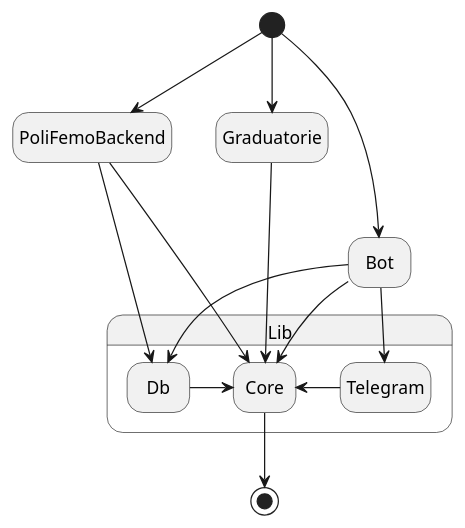
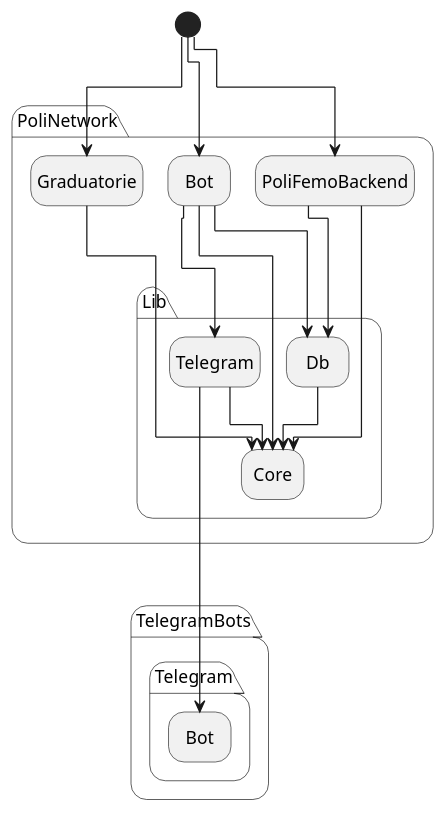
Before and after one commit to PoliNetworkOrg/Lib_CSharp: the diagram in docs/dipendenze/schema.plantuml, drawn with PlantUML. The commit also changed 1 other file, not shown here.

```diff
--- a/docs/dipendenze/schema.plantuml
+++ b/docs/dipendenze/schema.plantuml
@@ -1,19 +1,24 @@
 @startuml
+!pragma layout elk
 hide empty description
 
-[*] -down-> PoliFemoBackend
-[*] -down-> Graduatorie
-[*] -down-> Bot
+[*] -down-> PoliNetwork.Graduatorie
+[*] -down-> PoliNetwork.Bot
+[*] -down-> PoliNetwork.PoliFemoBackend 
 
-Bot -down-> Lib.Db
-Bot -down-> Lib.Core
-Bot -down-> Lib.Telegram
-Graduatorie -down-> Lib.Core
-PoliFemoBackend -down-> Lib.Core
-PoliFemoBackend --down-> Lib.Db
 
-Lib.Db -> Lib.Core
-Lib.Telegram -> Lib.Core
-Lib.Core --> [*]
+PoliNetwork.Bot --> PoliNetwork.Lib.Db
+PoliNetwork.Bot --> PoliNetwork.Lib.Core
+PoliNetwork.Bot -> PoliNetwork.Lib.Telegram
+PoliNetwork.Graduatorie --> PoliNetwork.Lib.Core
+PoliNetwork.PoliFemoBackend --> PoliNetwork.Lib.Core
+PoliNetwork.PoliFemoBackend ---> PoliNetwork.Lib.Db
+
+PoliNetwork.Lib.Db -> PoliNetwork.Lib.Core
+PoliNetwork.Lib.Telegram -> PoliNetwork.Lib.Core
+
+
+PoliNetwork.Lib.Telegram --> TelegramBots.Telegram.Bot
+
 
 @enduml
```
